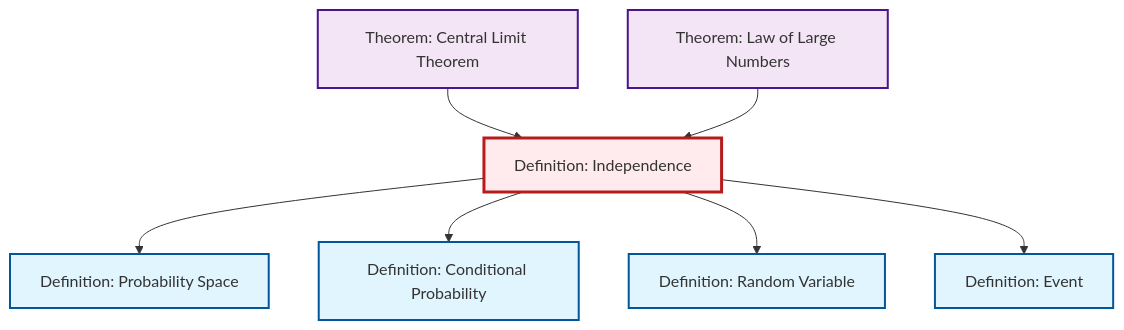
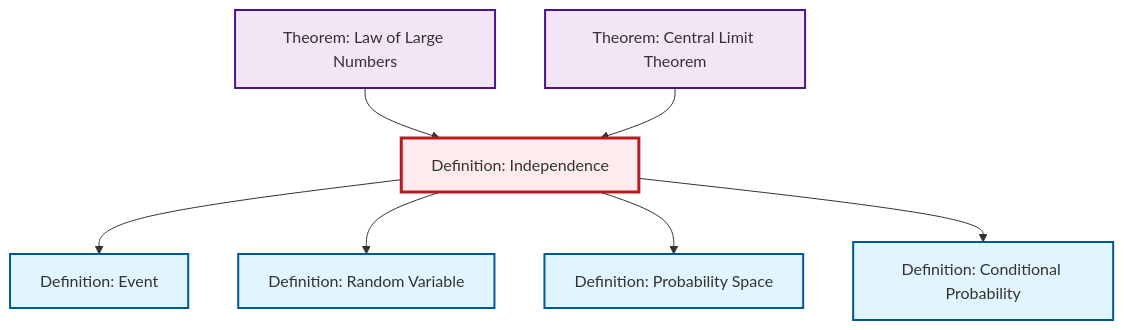
Before and after one commit to RK0429/ModernMath: the diagram in content/ja/probability-statistics/def-independence.qmd, drawn with Mermaid. The commit also changed other lines of this file and 554 other files, not shown here.

````diff
--- a/content/ja/probability-statistics/def-independence.qmd
+++ b/content/ja/probability-statistics/def-independence.qmd
@@ -114,29 +114,29 @@
 ```{mermaid}
 %%| fig-cap: "Local dependency graph"
 graph TD
     classDef definition fill:#e1f5fe,stroke:#01579b,stroke-width:2px
     classDef theorem fill:#f3e5f5,stroke:#4a148c,stroke-width:2px
     classDef axiom fill:#fff3e0,stroke:#e65100,stroke-width:2px
     classDef example fill:#e8f5e9,stroke:#1b5e20,stroke-width:2px
     classDef current fill:#ffebee,stroke:#b71c1c,stroke-width:3px
+    def-event["Definition: Event"]:::definition
     def-random-variable["Definition: Random Variable"]:::definition
     thm-law-of-large-numbers["Theorem: Law of Large Numbers"]:::theorem
     def-probability-space["Definition: Probability Space"]:::definition
-    def-event["Definition: Event"]:::definition
+    thm-central-limit["Theorem: Central Limit Theorem"]:::theorem
+    def-independence["Definition: Independence"]:::definition
     def-conditional-probability["Definition: Conditional Probability"]:::definition
-    def-independence["Definition: Independence"]:::definition
-    thm-central-limit["Theorem: Central Limit Theorem"]:::theorem
-    def-independence --> def-probability-space
-    def-independence --> def-conditional-probability
-    thm-central-limit --> def-independence
+    def-independence --> def-event
     thm-law-of-large-numbers --> def-independence
     def-independence --> def-random-variable
-    def-independence --> def-event
+    def-independence --> def-probability-space
+    thm-central-limit --> def-independence
+    def-independence --> def-conditional-probability
     class def-independence current
+    click def-event "def-event.html" "Definition: Eventへ"
     click def-random-variable "def-random-variable.html" "Definition: Random Variableへ"
     click thm-law-of-large-numbers "thm-law-of-large-numbers.html" "Theorem: Law of Large Numbersへ"
     click def-probability-space "def-probability-space.html" "Definition: Probability Spaceへ"
-    click def-event "def-event.html" "Definition: Eventへ"
+    click thm-central-limit "thm-central-limit.html" "Theorem: Central Limit Theoremへ"
     click def-conditional-probability "def-conditional-probability.html" "Definition: Conditional Probabilityへ"
-    click thm-central-limit "thm-central-limit.html" "Theorem: Central Limit Theoremへ"
 ```
````
